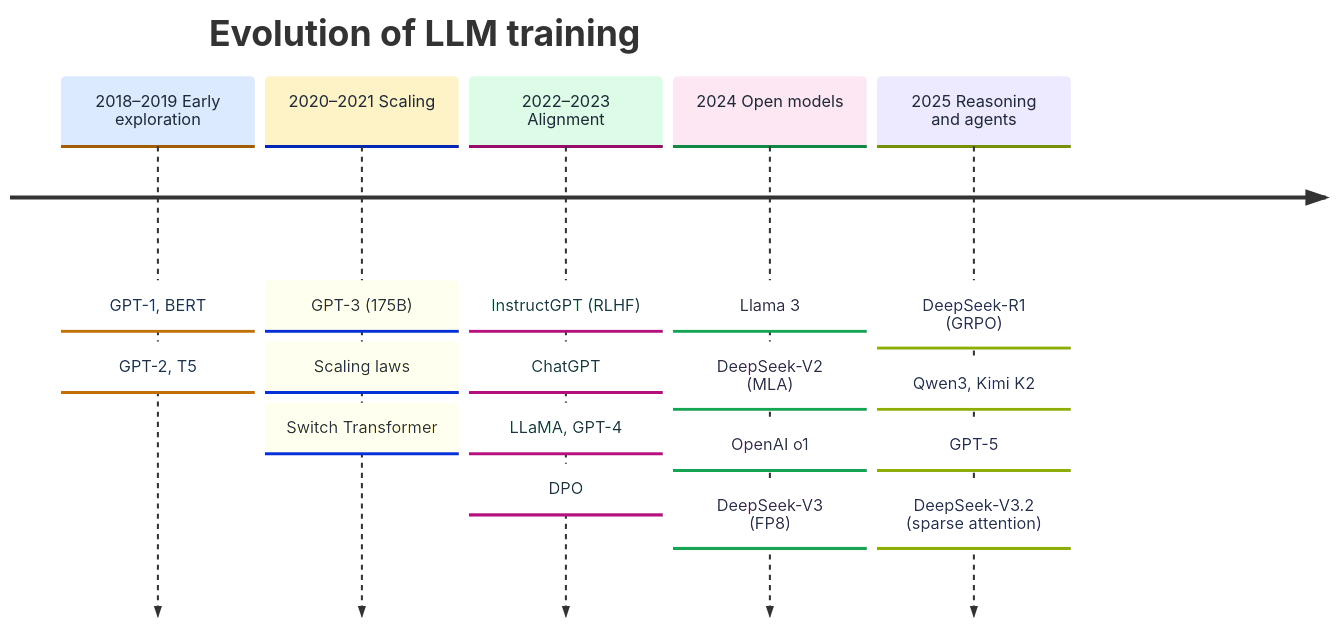
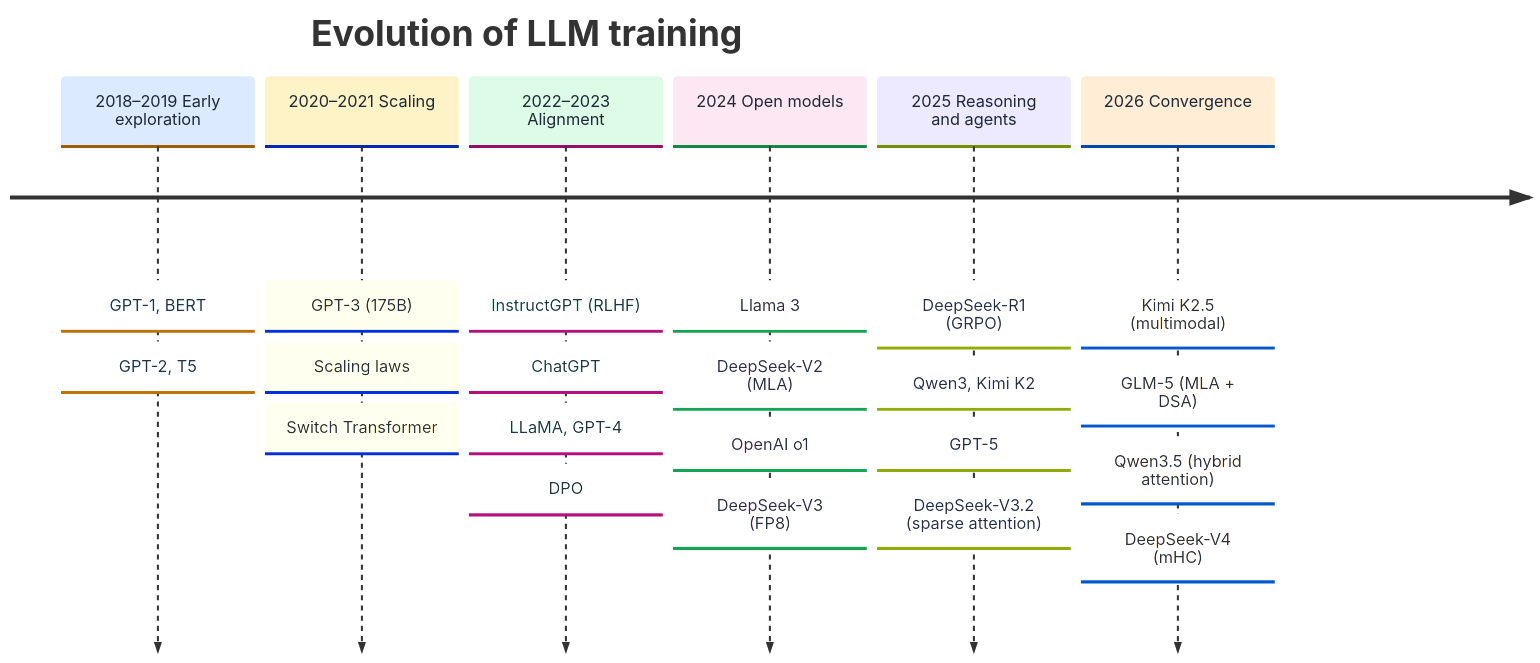
Before and after one commit to TingdeLiu/tingdeliu.github.io: the first of 29 diagrams in _translations/en/research/LLM-Training-Survey.md, drawn with Mermaid. The commit also changed other lines of this file and 2 other files, not shown here.

Commit message:
docs(llm-survey): add 2026 column to timeline and 2026 advances to 1.2.5

````diff
--- a/_translations/en/research/LLM-Training-Survey.md
+++ b/_translations/en/research/LLM-Training-Survey.md
@@ -133,10 +133,11 @@
 ```mermaid
-%%{init: { 'theme': 'base', 'themeVariables': { 'fontSize': '16px', 'cScale0': '#dbeafe', 'cScale1': '#fef3c7', 'cScale2': '#dcfce7', 'cScale3': '#fce7f3', 'cScale4': '#ede9fe', 'cScaleLabel0': '#1f2937', 'cScaleLabel1': '#1f2937', 'cScaleLabel2': '#1f2937', 'cScaleLabel3': '#1f2937', 'cScaleLabel4': '#1f2937' } } }%%
+%%{init: { 'theme': 'base', 'themeVariables': { 'fontSize': '16px', 'cScale0': '#dbeafe', 'cScale1': '#fef3c7', 'cScale2': '#dcfce7', 'cScale3': '#fce7f3', 'cScale4': '#ede9fe', 'cScale5': '#ffedd5', 'cScaleLabel0': '#1f2937', 'cScaleLabel1': '#1f2937', 'cScaleLabel2': '#1f2937', 'cScaleLabel3': '#1f2937', 'cScaleLabel4': '#1f2937', 'cScaleLabel5': '#1f2937' } } }%%
 timeline
     title Evolution of LLM training
     2018–2019 Early exploration : GPT-1, BERT : GPT-2, T5
     2020–2021 Scaling : GPT-3 (175B) : Scaling laws : Switch Transformer
     2022–2023 Alignment : InstructGPT (RLHF) : ChatGPT : LLaMA, GPT-4 : DPO
     2024 Open models : Llama 3 : DeepSeek-V2 (MLA) : OpenAI o1 : DeepSeek-V3 (FP8)
     2025 Reasoning and agents : DeepSeek-R1 (GRPO) : Qwen3, Kimi K2 : GPT-5 : DeepSeek-V3.2 (sparse attention)
+    2026 Convergence : Kimi K2.5 (multimodal) : GLM-5 (MLA + DSA) : Qwen3.5 (hybrid attention) : DeepSeek-V4 (mHC)
 ```
````
